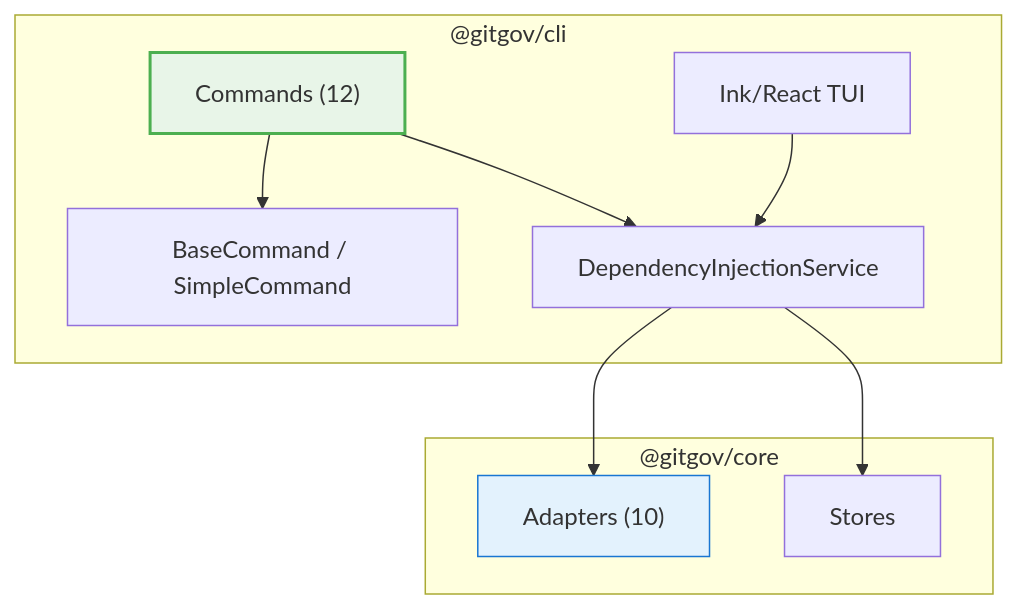
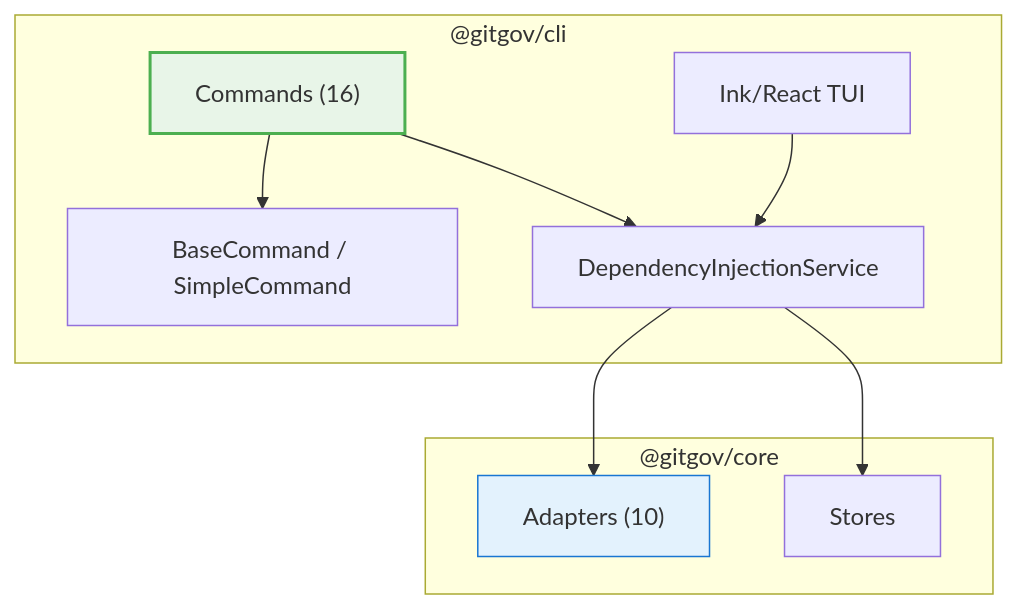
One commit to gitgovernance/monorepo changed the diagram in packages/cli/README.md. Above: the diagram before and after it, drawn with Mermaid. The commit also changed other lines of this file and 16 other files, not shown here.

````diff
--- a/packages/cli/README.md
+++ b/packages/cli/README.md
@@ -115,24 +142,24 @@
 ```mermaid
 graph TD
     subgraph "@gitgov/cli"
-        Commands["Commands (12)"]
+        Commands["Commands (16)"]
         Base["BaseCommand / SimpleCommand"]
         DI["DependencyInjectionService"]
         TUI["Ink/React TUI"]
 
         Commands --> Base
         Commands --> DI
         TUI --> DI
     end
 
     subgraph "@gitgov/core"
         Adapters["Adapters (10)"]
         Stores["Stores"]
     end
 
     DI --> Adapters
     DI --> Stores
 
     style Commands fill:#e8f5e8,stroke:#4caf50,stroke-width:2px
     style Adapters fill:#e3f2fd,stroke:#1976d2
 ```
````
